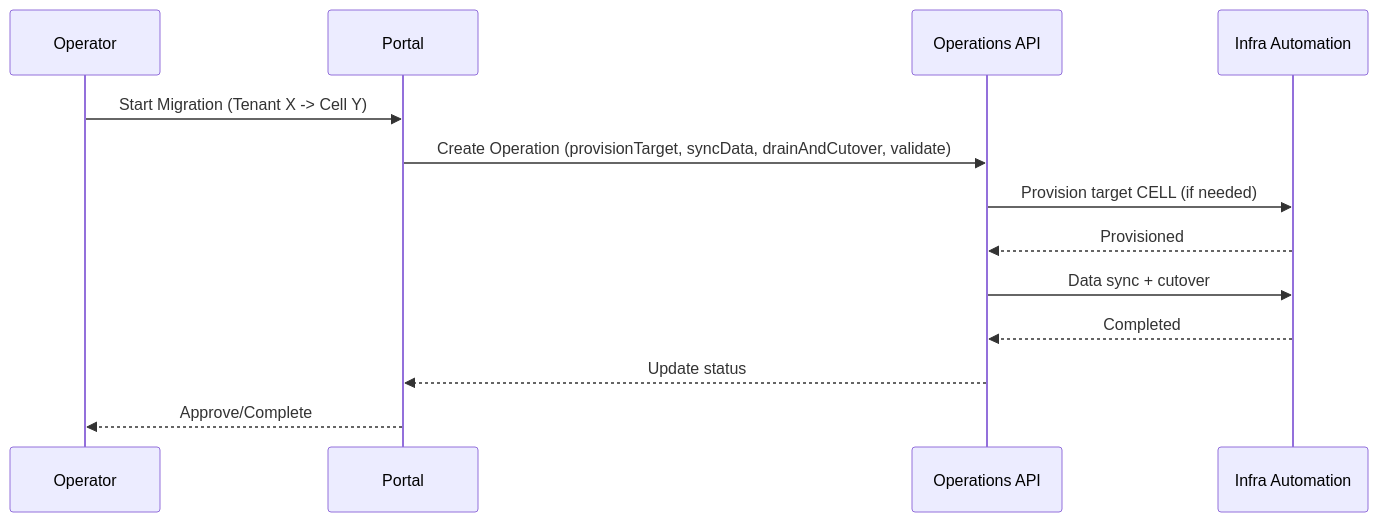
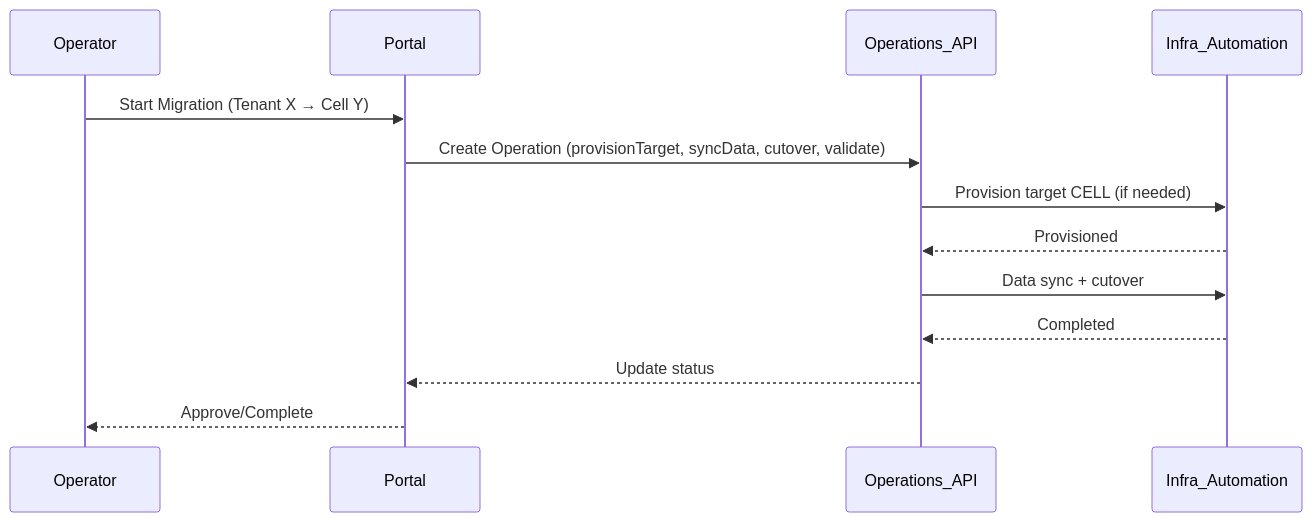
The second of 3 diagrams in docs/MANAGEMENT_PORTAL_USER_GUIDE.md (srnichols/StampsPattern), drawn with Mermaid before and after one commit. The commit also changed other lines of this file and 1 other file, not shown here.

Commit message:
docs(mermaid): fix diagram syntax for GitHub renderer (safe IDs, quoted labels)

````diff
--- a/docs/MANAGEMENT_PORTAL_USER_GUIDE.md
+++ b/docs/MANAGEMENT_PORTAL_USER_GUIDE.md
@@ -72,15 +72,15 @@
 ```mermaid
 sequenceDiagram
-  participant User as Operator
-  participant Portal
-  participant Ops as Operations API
-  participant Infra as Infra Automation
-  User->>Portal: Start Migration (Tenant X -> Cell Y)
-  Portal->>Ops: Create Operation (provisionTarget, syncData, drainAndCutover, validate)
-  Ops->>Infra: Provision target CELL (if needed)
-  Infra-->>Ops: Provisioned
-  Ops->>Infra: Data sync + cutover
-  Infra-->>Ops: Completed
-  Ops-->>Portal: Update status
-  Portal-->>User: Approve/Complete
+  participant U as Operator
+  participant P as Portal
+  participant O as Operations_API
+  participant I as Infra_Automation
+  U->>P: Start Migration (Tenant X → Cell Y)
+  P->>O: Create Operation (provisionTarget, syncData, cutover, validate)
+  O->>I: Provision target CELL (if needed)
+  I-->>O: Provisioned
+  O->>I: Data sync + cutover
+  I-->>O: Completed
+  O-->>P: Update status
+  P-->>U: Approve/Complete
 ```
````
